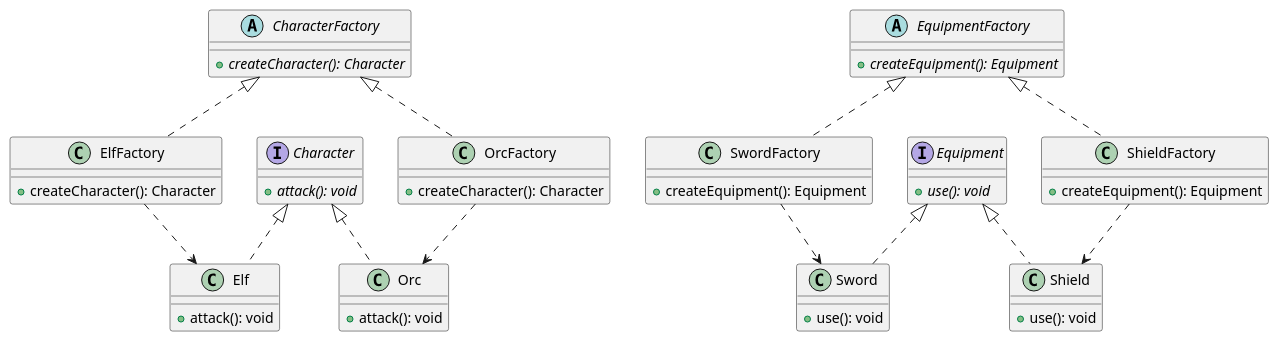
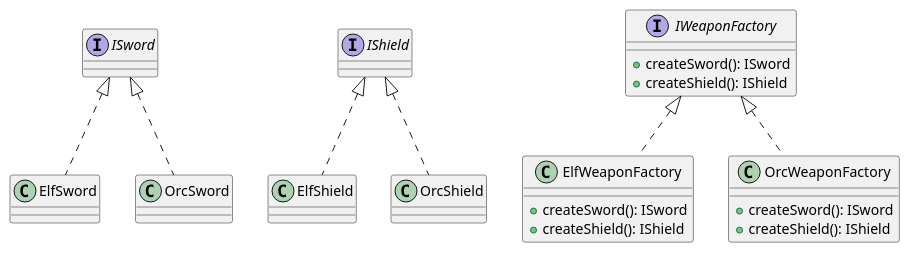
One commit to project-survivor/documentation changed the diagram in UML/Abstract Factory/abstract_factory.plantuml. Above: the diagram before and after it, drawn with PlantUML. The commit also changed 11 other files, not shown here.

Commit message:
feat: update abstract factory and add prototype and enemy factory method

```diff
--- a/UML/Abstract Factory/abstract_factory.plantuml
+++ b/UML/Abstract Factory/abstract_factory.plantuml
@@ -1,62 +1,43 @@
 @startuml
 hide footbox
 
-interface Character {
-    {abstract} +attack(): void
+interface ISword {
+
 }
 
-interface Equipment {
-    {abstract} +use(): void
+interface IShield {
+
 }
 
-class Elf implements Character {
-    +attack(): void
+class ElfSword implements ISword {
+
 }
 
-class Orc implements Character {
-    +attack(): void
+class OrcSword implements ISword {
+
 }
 
-class Sword implements Equipment {
-    +use(): void
+class ElfShield implements IShield {
+
 }
 
-class Shield implements Equipment {
-    +use(): void
+class OrcShield implements IShield {
+
 }
 
-abstract class CharacterFactory {
-    {abstract} +createCharacter(): Character
+interface IWeaponFactory {
+    +createSword(): ISword
+    +createShield(): IShield
 }
 
-abstract class EquipmentFactory {
-    {abstract} +createEquipment(): Equipment
+class ElfWeaponFactory implements IWeaponFactory {
+    +createSword(): ISword
+    +createShield(): IShield
 }
 
-class ElfFactory {
-    +createCharacter(): Character
+class OrcWeaponFactory implements IWeaponFactory {
+    +createSword(): ISword
+    +createShield(): IShield
 }
 
-class OrcFactory {
-    +createCharacter(): Character
-}
-
-class SwordFactory {
-    +createEquipment(): Equipment
-}
-
-class ShieldFactory {
-    +createEquipment(): Equipment
-}
-
-CharacterFactory <|.. ElfFactory
-CharacterFactory <|.. OrcFactory
-EquipmentFactory <|.. SwordFactory
-EquipmentFactory <|.. ShieldFactory
-
-ElfFactory ..> Elf
-OrcFactory ..> Orc
-SwordFactory ..> Sword
-ShieldFactory ..> Shield
-
 @enduml
```
